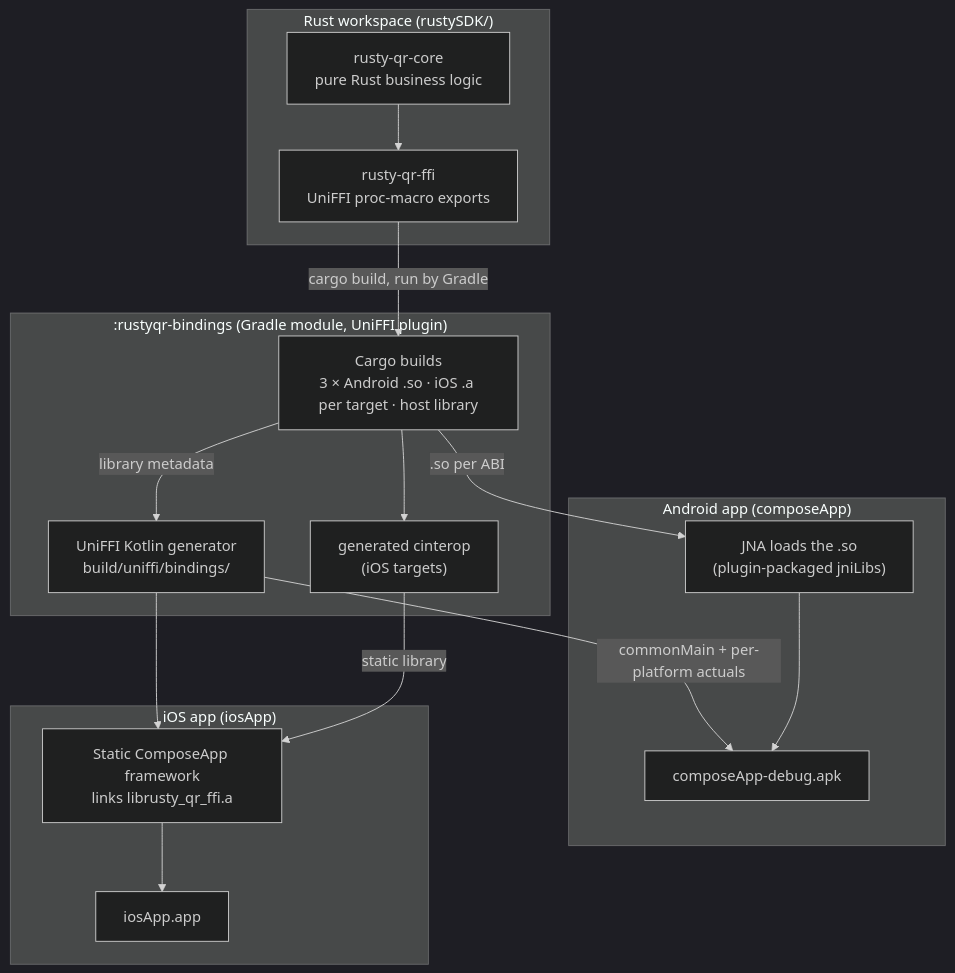
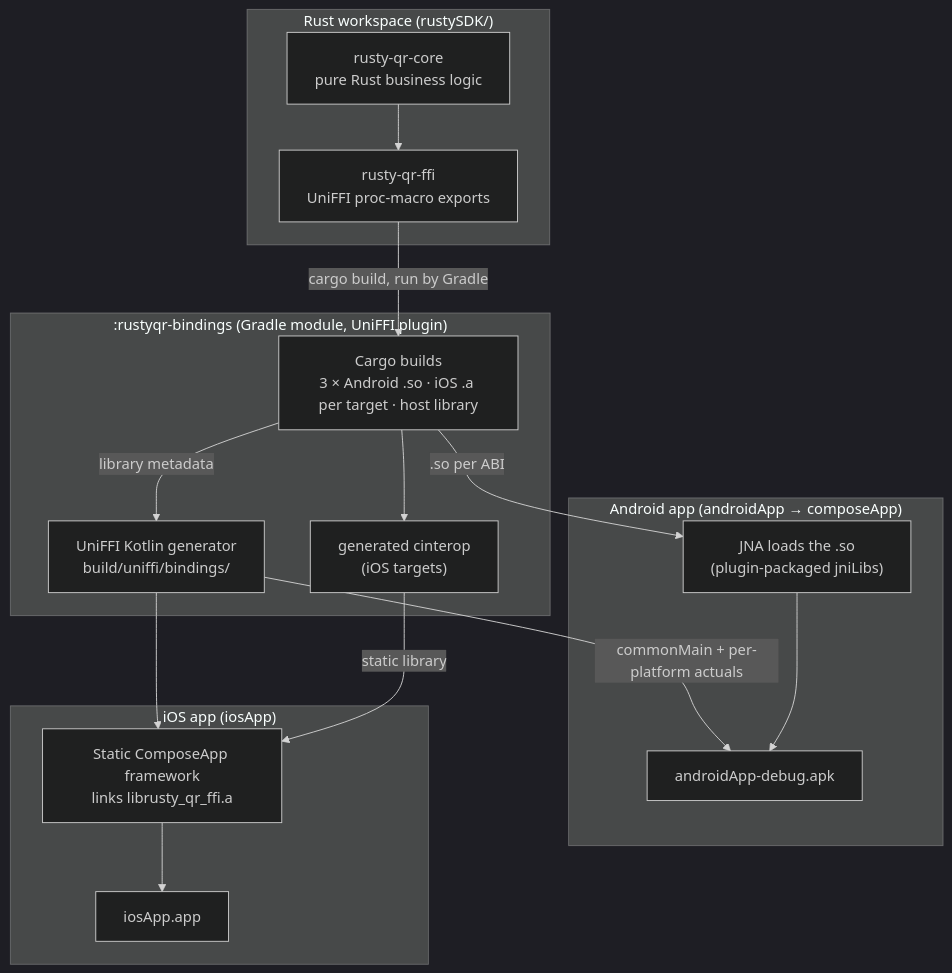
One commit to prasannajeet/RustyQR changed the first of 7 diagrams in docs/ARCHITECTURE.md. Above: the diagram before and after it, drawn with Mermaid (dark theme). The commit also changed other lines of this file and 44 other files, not shown here.

Commit message:
build(android): split the android app from the kmp library (#12)

````diff
--- a/docs/ARCHITECTURE.md
+++ b/docs/ARCHITECTURE.md
@@ -41,35 +41,35 @@
 ```mermaid
 graph TB
     subgraph "Rust workspace (rustySDK/)"
         CORE["rusty-qr-core<br/>pure Rust business logic"]
         FFI["rusty-qr-ffi<br/>UniFFI proc-macro exports"]
         CORE --> FFI
     end
 
     subgraph ":rustyqr-bindings (Gradle module, UniFFI plugin)"
         CARGO["Cargo builds<br/>3 × Android .so · iOS .a per target · host library"]
         GEN["UniFFI Kotlin generator<br/>build/uniffi/bindings/"]
         CI["generated cinterop<br/>(iOS targets)"]
     end
 
-    subgraph "Android app (composeApp)"
+    subgraph "Android app (androidApp → composeApp)"
         JNA["JNA loads the .so<br/>(plugin-packaged jniLibs)"]
-        APK["composeApp-debug.apk"]
+        APK["androidApp-debug.apk"]
     end
 
     subgraph "iOS app (iosApp)"
         FW["Static ComposeApp framework<br/>links librusty_qr_ffi.a"]
         IPA["iosApp.app"]
     end
 
     FFI -->|"cargo build, run by Gradle"| CARGO
     CARGO -->|"library metadata"| GEN
     CARGO --> CI
     GEN -->|"commonMain + per-platform actuals"| APK
     CARGO -->|".so per ABI"| JNA
     JNA --> APK
 
     GEN --> FW
     CI -->|"static library"| FW
     FW --> IPA
 ```
````
